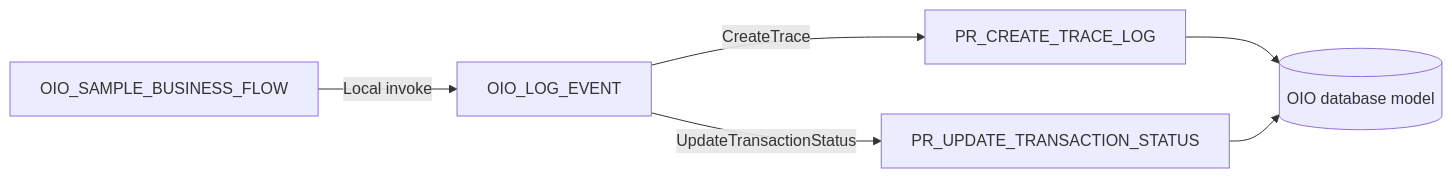
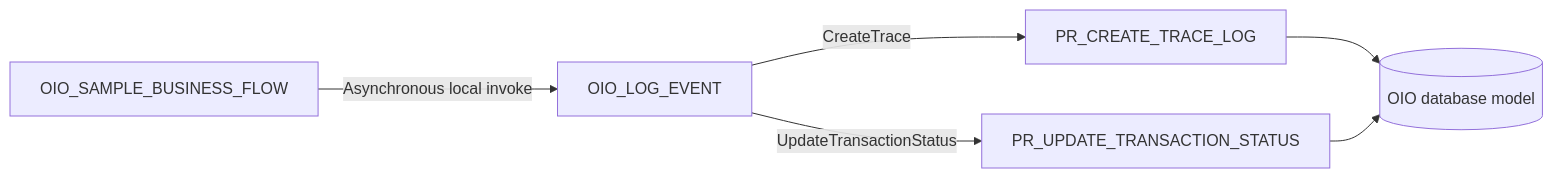
Before and after one commit to lucianosilva/oracle-integration-observability: the diagram in oic/README.md, drawn with Mermaid. The commit also changed other lines of this file and 4 other files, not shown here.

````diff
--- a/oic/README.md
+++ b/oic/README.md
@@ -12,8 +12,8 @@
 ```mermaid
 flowchart LR
-    A[OIO_SAMPLE_BUSINESS_FLOW] -->|Local invoke| B[OIO_LOG_EVENT]
+    A[OIO_SAMPLE_BUSINESS_FLOW] -->|Asynchronous local invoke| B[OIO_LOG_EVENT]
     B -->|CreateTrace| C[PR_CREATE_TRACE_LOG]
     B -->|UpdateTransactionStatus| D[PR_UPDATE_TRANSACTION_STATUS]
     C --> E[(OIO database model)]
     D --> E
 ```
````
